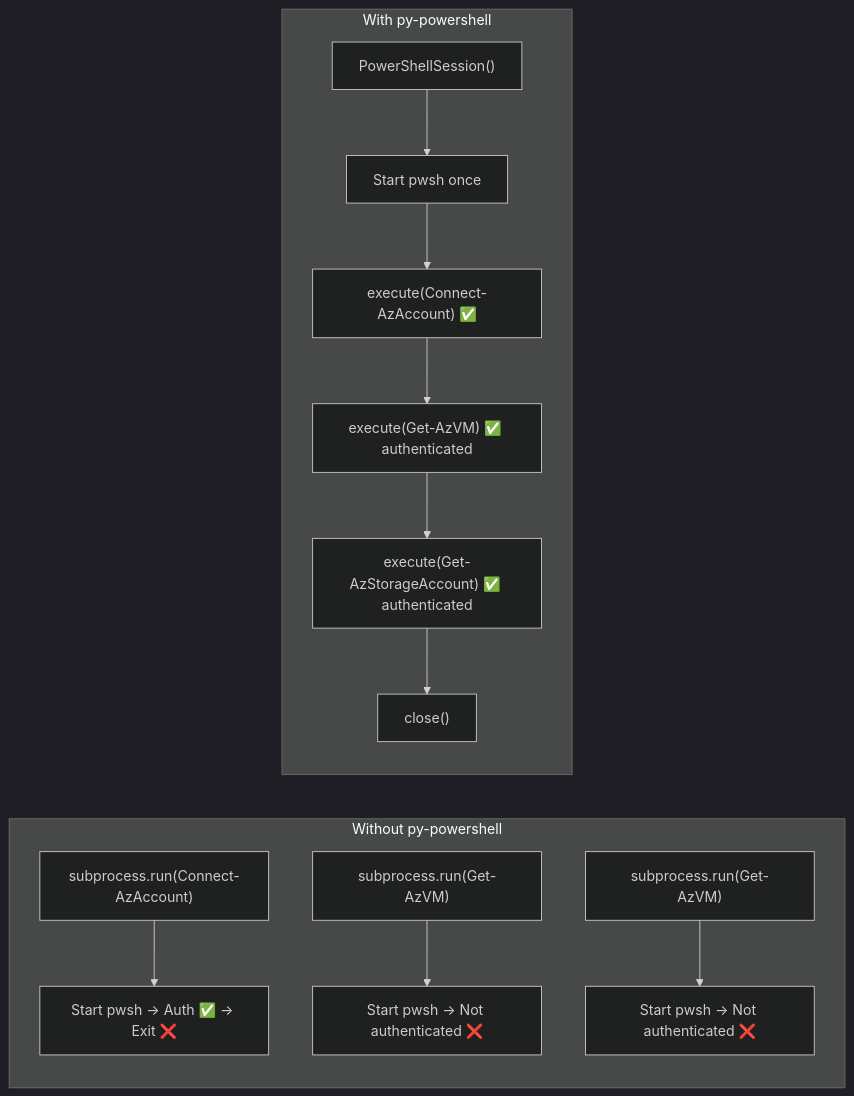
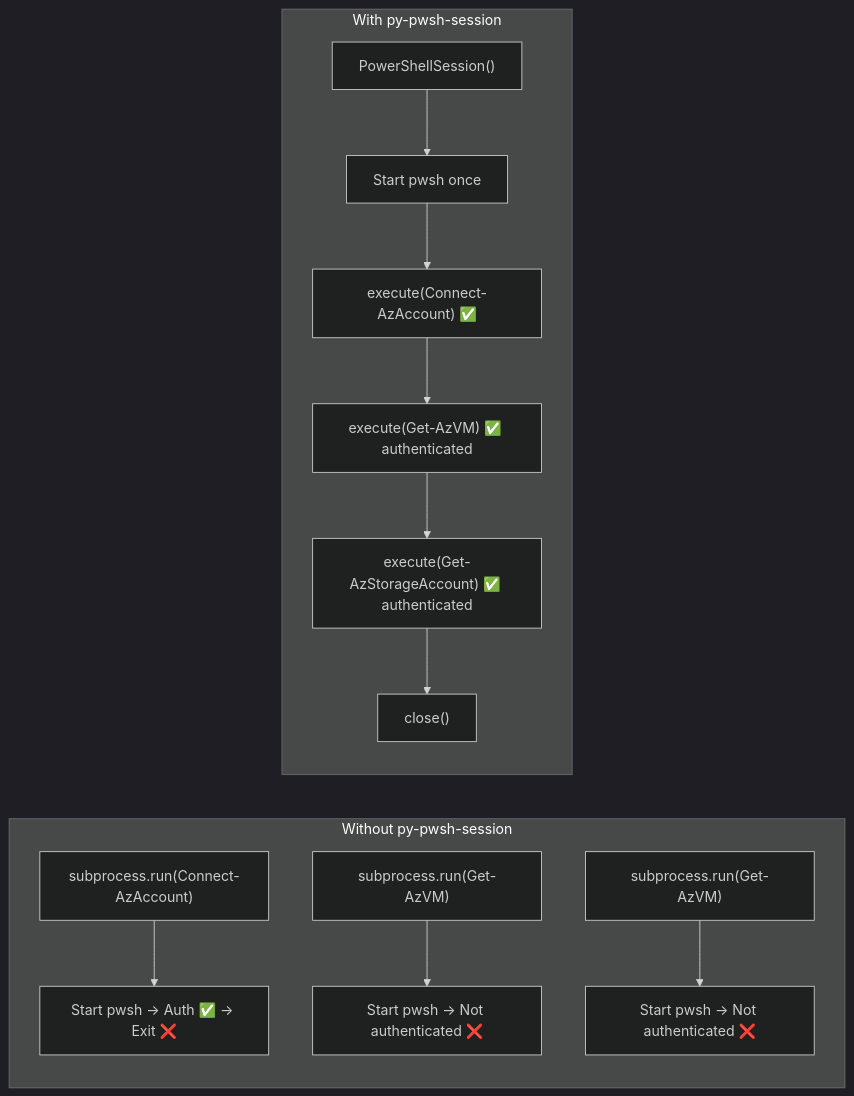
Before and after one commit to prowler-cloud/py-pwsh-session: the third of 3 diagrams in README.md, drawn with Mermaid (dark theme). The commit also changed other lines of this file and 4 other files, not shown here.

Commit message:
chore: rename to py-pwsh-session (#34)

````diff
--- a/README.md
+++ b/README.md
@@ -88,18 +88,18 @@
 ```mermaid
 flowchart LR
-    subgraph without["Without py-powershell"]
+    subgraph without["Without py-pwsh-session"]
         direction TB
         A1["subprocess.run(Connect-AzAccount)"] --> A2["Start pwsh → Auth ✅ → Exit ❌"]
         A3["subprocess.run(Get-AzVM)"] --> A4["Start pwsh → Not authenticated ❌"]
         A5["subprocess.run(Get-AzVM)"] --> A6["Start pwsh → Not authenticated ❌"]
     end
 
-    subgraph with["With py-powershell"]
+    subgraph with["With py-pwsh-session"]
         direction TB
         B1["PowerShellSession()"] --> B2["Start pwsh once"]
         B2 --> B3["execute(Connect-AzAccount) ✅"]
         B3 --> B4["execute(Get-AzVM) ✅ authenticated"]
         B4 --> B5["execute(Get-AzStorageAccount) ✅ authenticated"]
         B5 --> B6["close()"]
     end
 ```
````
